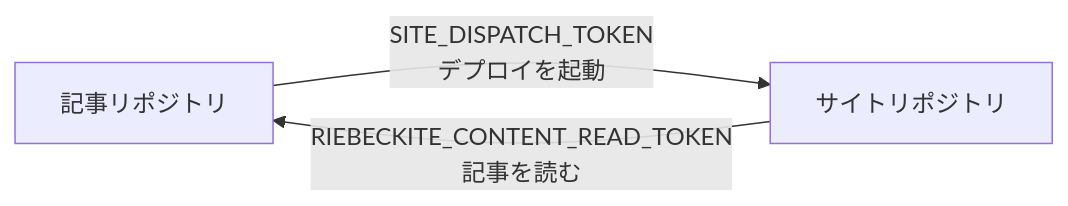
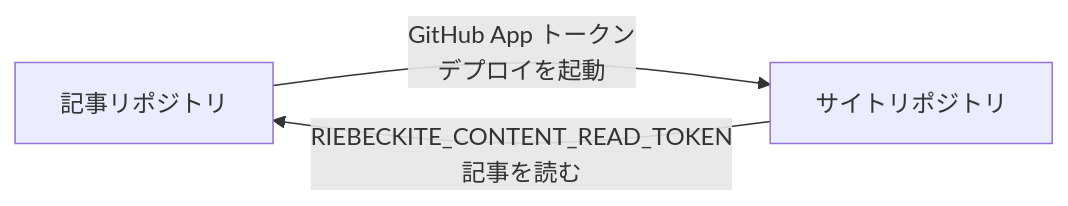
The third of 3 diagrams in docs/docs/guides/content-repositories/setup.ja.md (Rerurate514/riebeckite), drawn with Mermaid before and after one commit. The commit also changed other lines of this file and 62 other files, not shown here.

````diff
--- a/docs/docs/guides/content-repositories/setup.ja.md
+++ b/docs/docs/guides/content-repositories/setup.ja.md
@@ -215,8 +218,8 @@
 ```mermaid
 flowchart LR
     Content["記事リポジトリ"]
     Site["サイトリポジトリ"]
 
-    Content -->|"SITE_DISPATCH_TOKEN<br/>デプロイを起動"| Site
+    Content -->|"GitHub App トークン<br/>デプロイを起動"| Site
     Site -->|"RIEBECKITE_CONTENT_READ_TOKEN<br/>記事を読む"| Content
 ```
````
